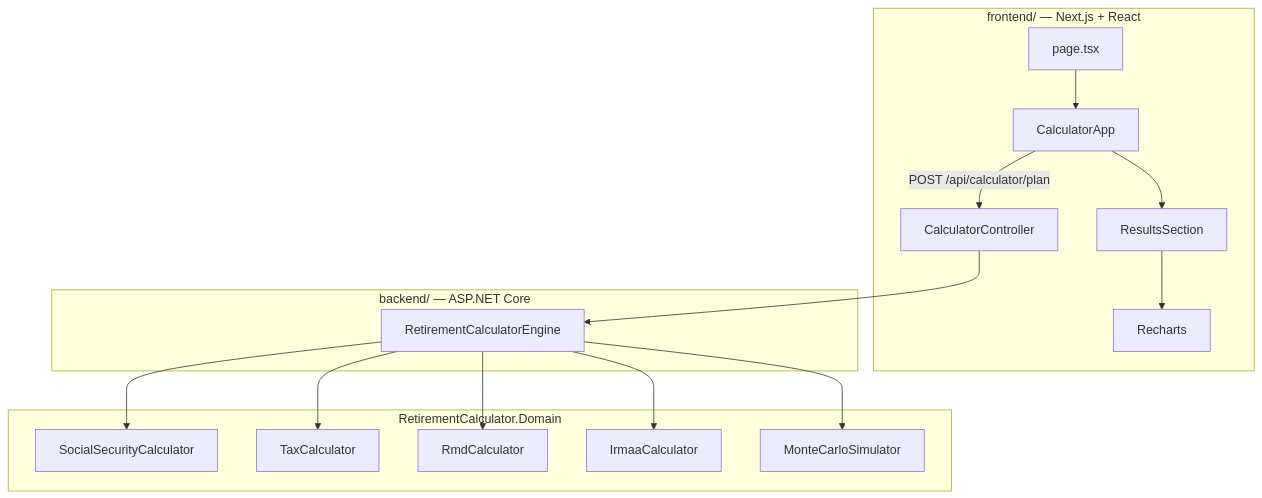
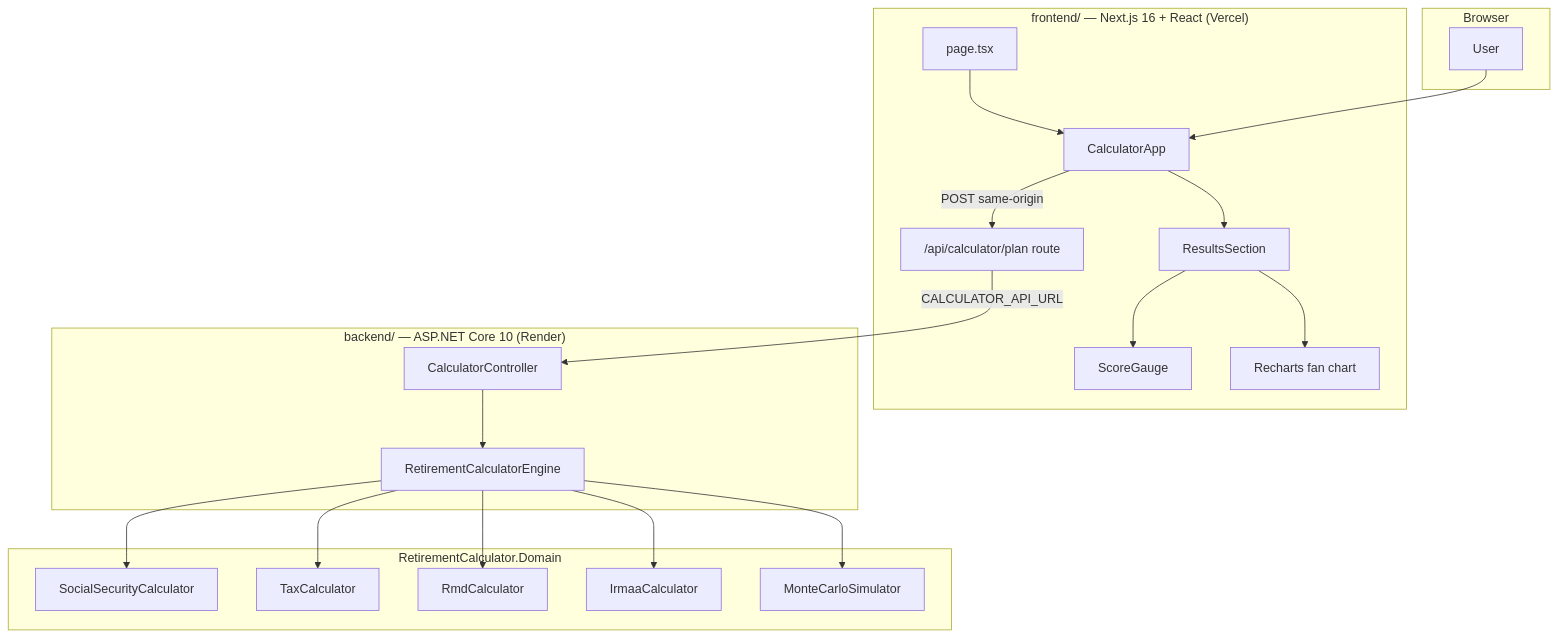
Before and after one commit to weidong808/Retirement-Calculator: the diagram in ARCHITECTURE.md, drawn with Mermaid. The commit also changed other lines of this file and 7 other files, not shown here.

````diff
--- a/ARCHITECTURE.md
+++ b/ARCHITECTURE.md
@@ -16,32 +16,40 @@
 ```mermaid
 flowchart TB
-    subgraph Frontend["frontend/ — Next.js + React"]
+    subgraph Browser["Browser"]
+        User[User]
+    end
+
+    subgraph Frontend["frontend/ — Next.js 16 + React (Vercel)"]
         Page[page.tsx]
         Wizard[CalculatorApp]
         Results[ResultsSection]
-        Charts[Recharts]
+        Proxy["/api/calculator/plan route"]
         Page --> Wizard
-        Wizard -->|POST /api/calculator/plan| API
+        Wizard -->|POST same-origin| Proxy
         Wizard --> Results
-        Results --> Charts
+        Results --> Gauge[ScoreGauge]
+        Results --> Charts[Recharts fan chart]
     end
 
-    subgraph Backend["backend/ — ASP.NET Core"]
+    subgraph Backend["backend/ — ASP.NET Core 10 (Render)"]
         API[CalculatorController]
         Engine[RetirementCalculatorEngine]
         API --> Engine
     end
 
     subgraph Domain["RetirementCalculator.Domain"]
         SS[SocialSecurityCalculator]
         Tax[TaxCalculator]
         RMD[RmdCalculator]
         IRMAA[IrmaaCalculator]
         MC[MonteCarloSimulator]
         Engine --> SS
         Engine --> Tax
         Engine --> RMD
         Engine --> IRMAA
         Engine --> MC
     end
+
+    User --> Wizard
+    Proxy -->|CALCULATOR_API_URL| API
 ```
````
